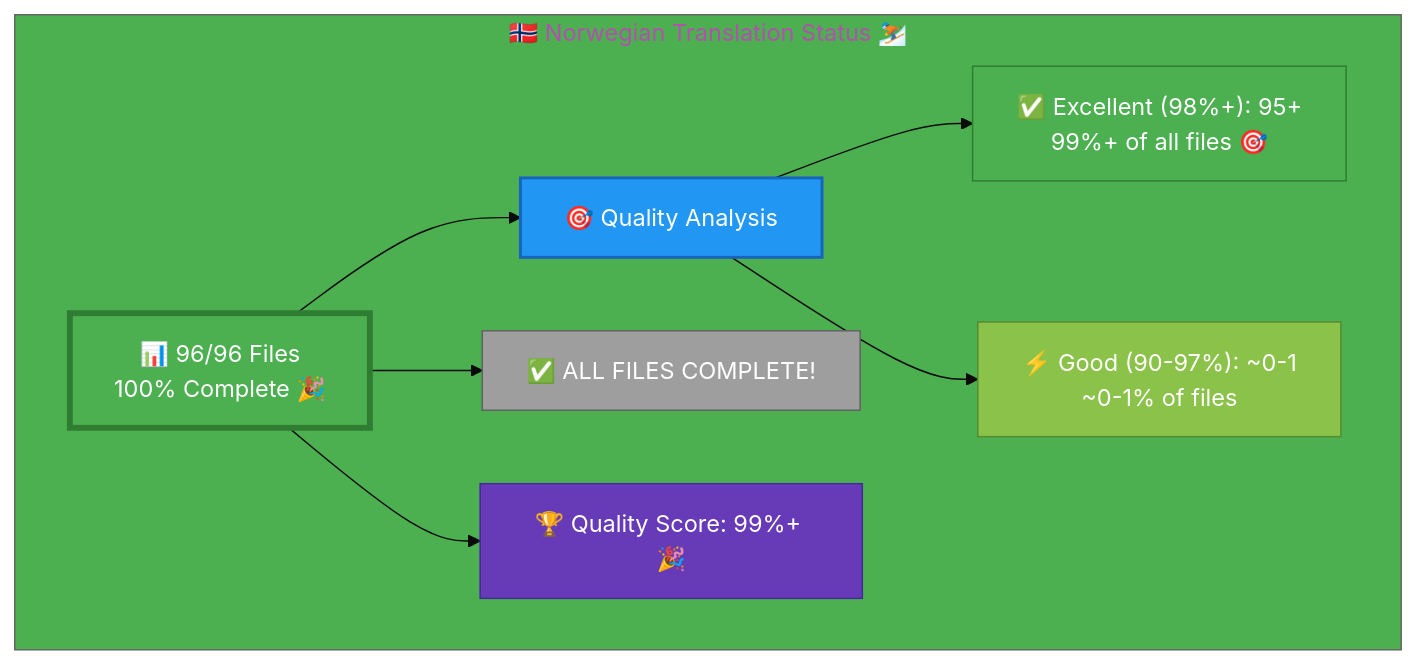
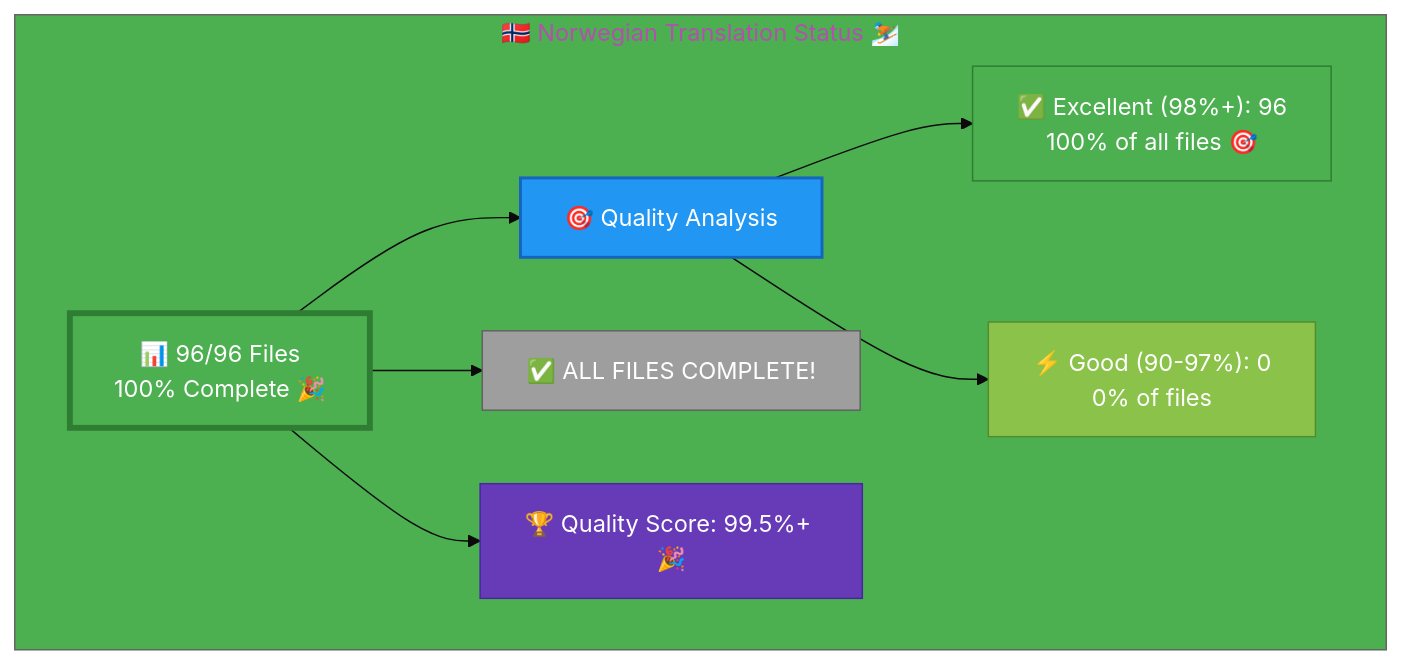
Before and after one commit to Hack23/homepage: the diagram in Norwegian-Translation-Status.md, drawn with Mermaid. The commit also changed other lines of this file, not shown here.

Commit message:
Update Norwegian-Translation-Status.md with Phase 11 completion - 100% Excellent quality

````diff
--- a/Norwegian-Translation-Status.md
+++ b/Norwegian-Translation-Status.md
@@ -12,22 +12,22 @@
 ```mermaid
 %%{init: {'theme':'base', 'themeVariables': {'primaryColor':'#4CAF50','secondaryColor':'#2196F3','tertiaryColor':'#4CAF50','fontSize':'16px'}}}%%
 graph TB
     subgraph "🇳🇴 Norwegian Translation Status ⛷️"
         A["📊 96/96 Files<br/>100% Complete 🎉 "]
         
         A --> B["🎯 Quality Analysis"]
-        B --> C["✅ Excellent (98%+): 95+<br/>99%+ of all files 🎯"]
-        B --> D["⚡ Good (90-97%): ~0-1<br/>~0-1% of files"]
+        B --> C["✅ Excellent (98%+): 96<br/>100% of all files 🎯"]
+        B --> D["⚡ Good (90-97%): 0<br/>0% of files"]
         
         A --> G["✅ ALL FILES COMPLETE!"]
         
-        A --> H["🏆 Quality Score: 99%+ 🎉"]
+        A --> H["🏆 Quality Score: 99.5%+ 🎉"]
         
         style A fill:#4CAF50,stroke:#2E7D32,color:#fff,stroke-width:4px
         style B fill:#2196F3,stroke:#1565C0,color:#fff,stroke-width:2px
         style C fill:#4CAF50,stroke:#2E7D32,color:#fff
         style D fill:#8BC34A,stroke:#558B2F,color:#fff
         style G fill:#9E9E9E,stroke:#616161,color:#fff
         style H fill:#673AB7,stroke:#4527A0,color:#fff
     end
 ```
````
